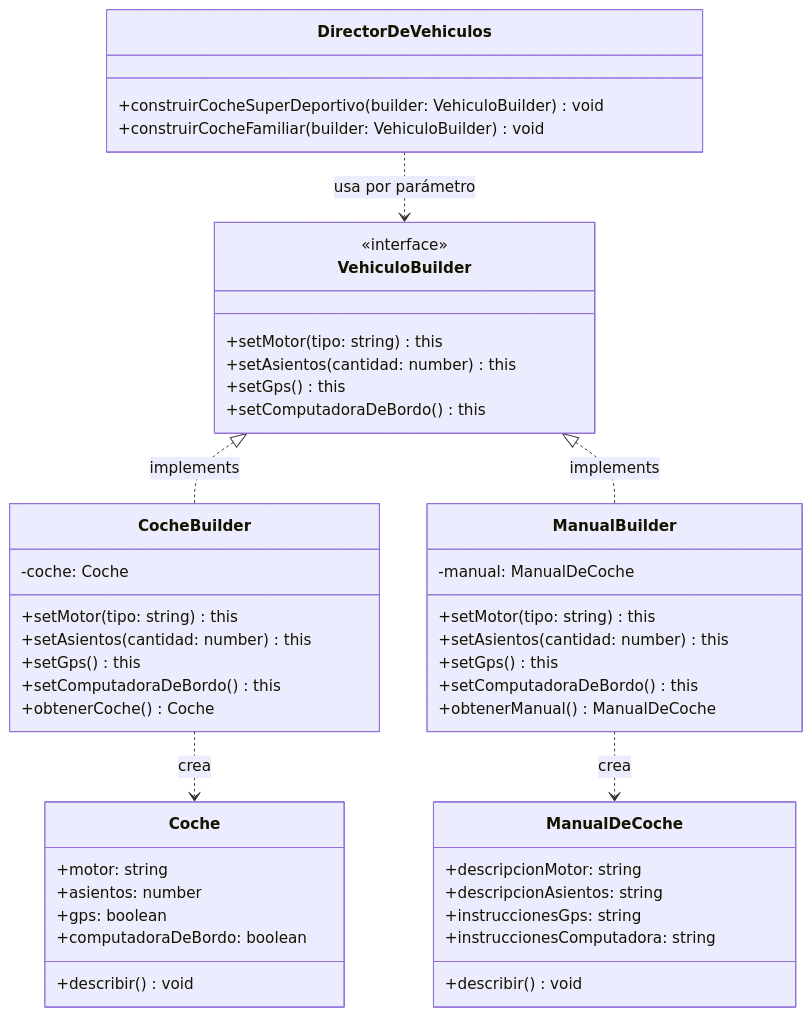
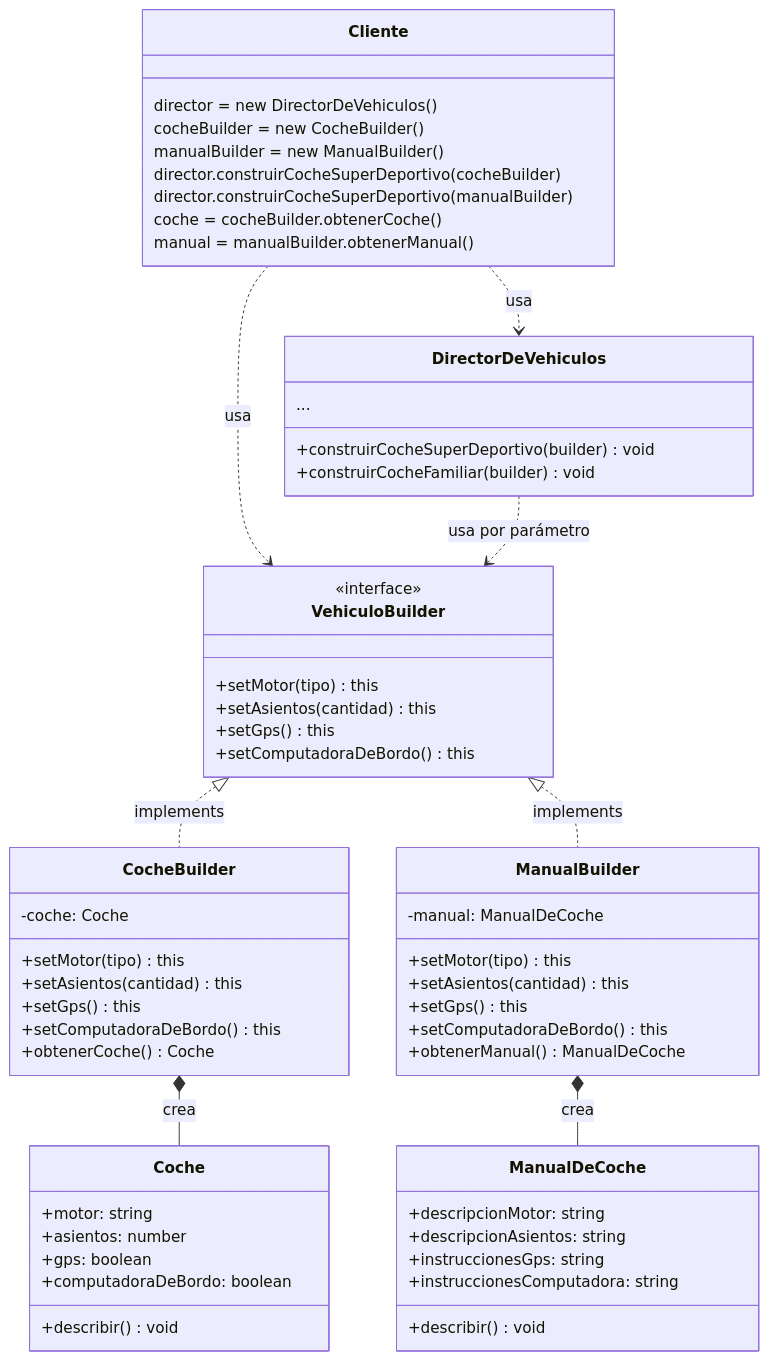
The diagram in diagrama-autos.mermaid (alarconale2610-ai/Builder-Pattern-TypeScript), drawn with Mermaid before and after one commit. The commit also changed 14 other files, not shown here.

```diff
--- a/diagrama-autos.mermaid
+++ b/diagrama-autos.mermaid
@@ -1,111 +1,78 @@
 classDiagram
     direction TB
 
-    %% ══════════════════════════════════════════════
-    %% INTERFAZ BUILDER
-    %% Los métodos se llaman con "set" (setter) porque
-    %% configuran propiedades individuales del vehículo.
-    %% "set" significa "establecer / configurar".
-    %%   setMotor("V8")  → establece qué motor tendrá
-    %%   setAsientos(5)  → establece cuántos asientos
-    %%   setGps()        → activa la opción GPS
-    %%
-    %% El Director trabaja contra esta interfaz.
-    %% No sabe si está construyendo un coche o un manual.
-    %% ══════════════════════════════════════════════
+    %% ── CLIENTE (código de uso en la parte superior) ──
+    class Cliente {
+        director = new DirectorDeVehiculos()
+        cocheBuilder = new CocheBuilder()
+        manualBuilder = new ManualBuilder()
+        director.construirCocheSuperDeportivo(cocheBuilder)
+        director.construirCocheSuperDeportivo(manualBuilder)
+        coche = cocheBuilder.obtenerCoche()
+        manual = manualBuilder.obtenerManual()
+    }
+
+    %% ── DIRECTOR ──
+    class DirectorDeVehiculos {
+        ...
+        +construirCocheSuperDeportivo(builder) void
+        +construirCocheFamiliar(builder) void
+    }
+
+   
+    %% ── INTERFAZ BUILDER ──
     class VehiculoBuilder {
         <<interface>>
-        +setMotor(tipo: string) this
-        +setAsientos(cantidad: number) this
+        +setMotor(tipo) this
+        +setAsientos(cantidad) this
         +setGps() this
         +setComputadoraDeBordo() this
     }
 
-    %% ══════════════════════════════════════════════
-    %% BUILDER CONCRETO A
-    %% Cada setXxx() instala el componente físico en el coche.
-    %% La casa guarda el producto como estado privado (`-coche`)
-    %% para que nadie acceda al objeto mientras está incompleto.
-    %% obtenerCoche() lo entrega y reinicia el builder.
-    %% ══════════════════════════════════════════════
+    %% ── BUILDER CONCRETO A ──
     class CocheBuilder {
         -coche: Coche
-        +setMotor(tipo: string) this
-        +setAsientos(cantidad: number) this
+        +setMotor(tipo) this
+        +setAsientos(cantidad) this
         +setGps() this
         +setComputadoraDeBordo() this
         +obtenerCoche() Coche
     }
 
-    %% ══════════════════════════════════════════════
-    %% BUILDER CONCRETO B
-    %% Mismos pasos que CocheBuilder, pero cada setXxx()
-    %% REDACTA documentación en lugar de instalar hardware.
-    %%   CocheBuilder.setMotor("V8")  → coche.motor = "V8"
-    %%   ManualBuilder.setMotor("V8") → manual.descripcionMotor = "Instrucciones para V8"
-    %% ══════════════════════════════════════════════
+    
+    %% ── BUILDER CONCRETO B ──
     class ManualBuilder {
         -manual: ManualDeCoche
-        +setMotor(tipo: string) this
-        +setAsientos(cantidad: number) this
+        +setMotor(tipo) this
+        +setAsientos(cantidad) this
         +setGps() this
         +setComputadoraDeBordo() this
         +obtenerManual() ManualDeCoche
     }
 
-    %% ══════════════════════════════════════════════
-    %% PRODUCTOS
-    %% Coche y ManualDeCoche NO comparten interfaz.
-    %% Son objetos completamente distintos producidos
-    %% por los mismos pasos de construcción.
-    %%
-    %% Por eso el Director NO puede devolver el producto:
-    %% no sabe qué tipo es. El cliente debe recogerlo
-    %% directamente del builder con obtenerCoche()
-    %% o obtenerManual() según corresponda.
-    %% ══════════════════════════════════════════════
+   
+    %% ── PRODUCTOS ──
     class Coche {
         +motor: string
         +asientos: number
         +gps: boolean
         +computadoraDeBordo: boolean
         +describir() void
     }
 
     class ManualDeCoche {
         +descripcionMotor: string
         +descripcionAsientos: string
         +instruccionesGps: string
         +instruccionesComputadora: string
         +describir() void
     }
 
-    %% ══════════════════════════════════════════════
-    %% DIRECTOR
-    %% Recibe el builder por parámetro (distinto a setBuilder()).
-    %% Esto permite pasarle un builder distinto en cada llamada,
-    %% siendo más explícito en el código cliente.
-    %%
-    %% QUÉ SABE: orden de los pasos y recetas de vehículos.
-    %% QUÉ NO SABE: si el builder produce metal o papel.
-    %% ══════════════════════════════════════════════
-    class DirectorDeVehiculos {
-        +construirCocheSuperDeportivo(builder: VehiculoBuilder) void
-        +construirCocheFamiliar(builder: VehiculoBuilder) void
-    }
-
-    %% ══════════════════════════════════════════════
-    %% RELACIONES
-    %% ══════════════════════════════════════════════
-
-    %% Los builders concretos implementan el contrato de la interfaz
+    %% ── RELACIONES ──
+    Cliente ..> DirectorDeVehiculos : usa
+    Cliente ..> VehiculoBuilder : usa
+    DirectorDeVehiculos ..> VehiculoBuilder : usa por parámetro
     VehiculoBuilder <|.. CocheBuilder : implements
     VehiculoBuilder <|.. ManualBuilder : implements
-
-    %% Cada builder produce un producto distinto
-    CocheBuilder ..> Coche : crea
-    ManualBuilder ..> ManualDeCoche : crea
-
-    %% El Director depende de la interfaz (no de clases concretas)
-    %% Usa builder por parámetro en cada método, no setBuilder()
-    DirectorDeVehiculos ..> VehiculoBuilder : usa por parámetro
+    CocheBuilder *-- Coche : crea
+    ManualBuilder *-- ManualDeCoche : crea
```
